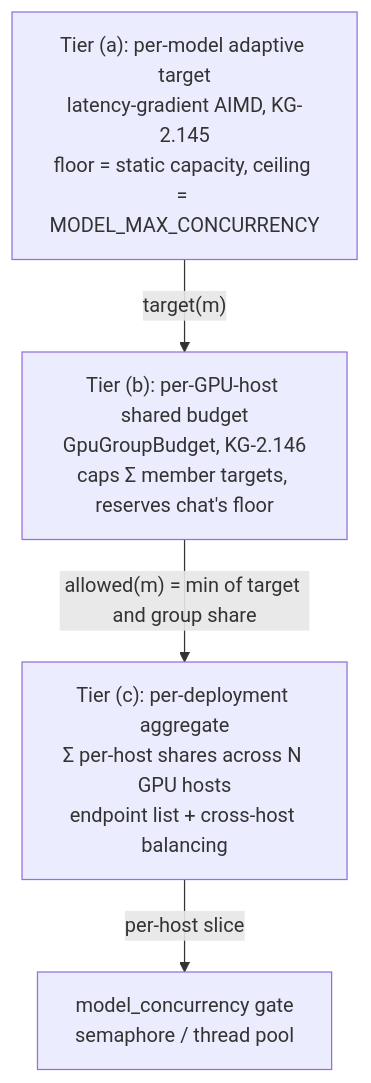
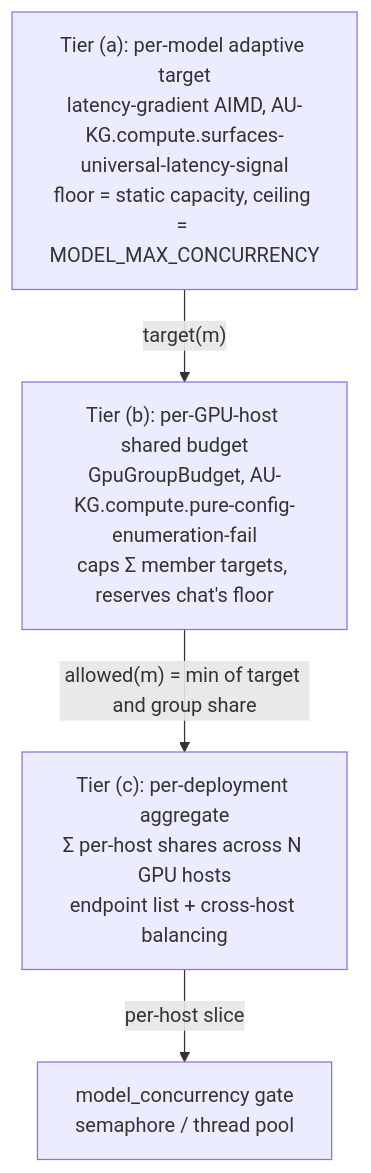
One commit to Knuckles-Team/agent-utilities changed the first of 2 diagrams in docs/architecture/distributed_gpu_concurrency.md. Above: the diagram before and after it, drawn with Mermaid. The commit also changed other lines of this file and 2324 other files, not shown here.

````diff
--- a/docs/architecture/distributed_gpu_concurrency.md
+++ b/docs/architecture/distributed_gpu_concurrency.md
@@ -20,9 +20,9 @@
 ```mermaid
 flowchart TD
-    A["Tier (a): per-model adaptive target<br/>latency-gradient AIMD, KG-2.145<br/>floor = static capacity, ceiling = MODEL_MAX_CONCURRENCY"]
-    B["Tier (b): per-GPU-host shared budget<br/>GpuGroupBudget, KG-2.146<br/>caps Σ member targets, reserves chat's floor"]
+    A["Tier (a): per-model adaptive target<br/>latency-gradient AIMD, AU-KG.compute.surfaces-universal-latency-signal<br/>floor = static capacity, ceiling = MODEL_MAX_CONCURRENCY"]
+    B["Tier (b): per-GPU-host shared budget<br/>GpuGroupBudget, AU-KG.compute.pure-config-enumeration-fail<br/>caps Σ member targets, reserves chat's floor"]
     C["Tier (c): per-deployment aggregate<br/>Σ per-host shares across N GPU hosts<br/>endpoint list + cross-host balancing"]
     A -->|"target(m)"| B
     B -->|"allowed(m) = min of target and group share"| C
     C -->|"per-host slice"| Gate["model_concurrency gate<br/>semaphore / thread pool"]
 ```
````
